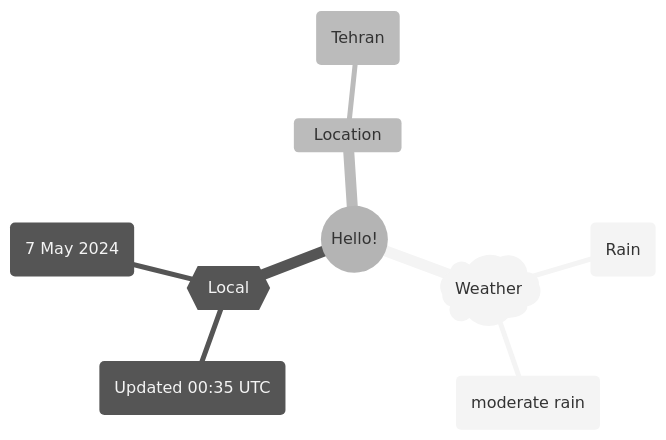
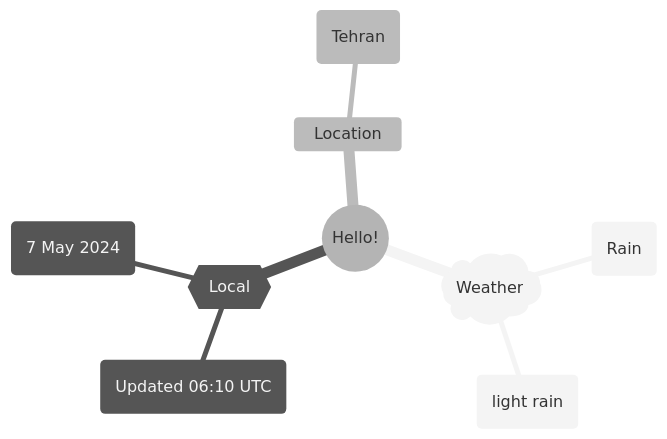
One commit to Xosrov/Xosrov changed the first of 2 diagrams in README.md. Above: the diagram before and after it, drawn with Mermaid (neutral theme).

Commit message:
[bot] updated images

````diff
--- a/README.md
+++ b/README.md
@@ -3,12 +3,12 @@
 ```mermaid
 mindmap
   root((Hello!))
     )Weather(
         (Rain)
-        (moderate rain)
+        (light rain)
     {{Local}}
-        (Updated 00:35 UTC)
+        (Updated 06:10 UTC)
         (7 May 2024)
     Location
         (Tehran)
 ```
````
